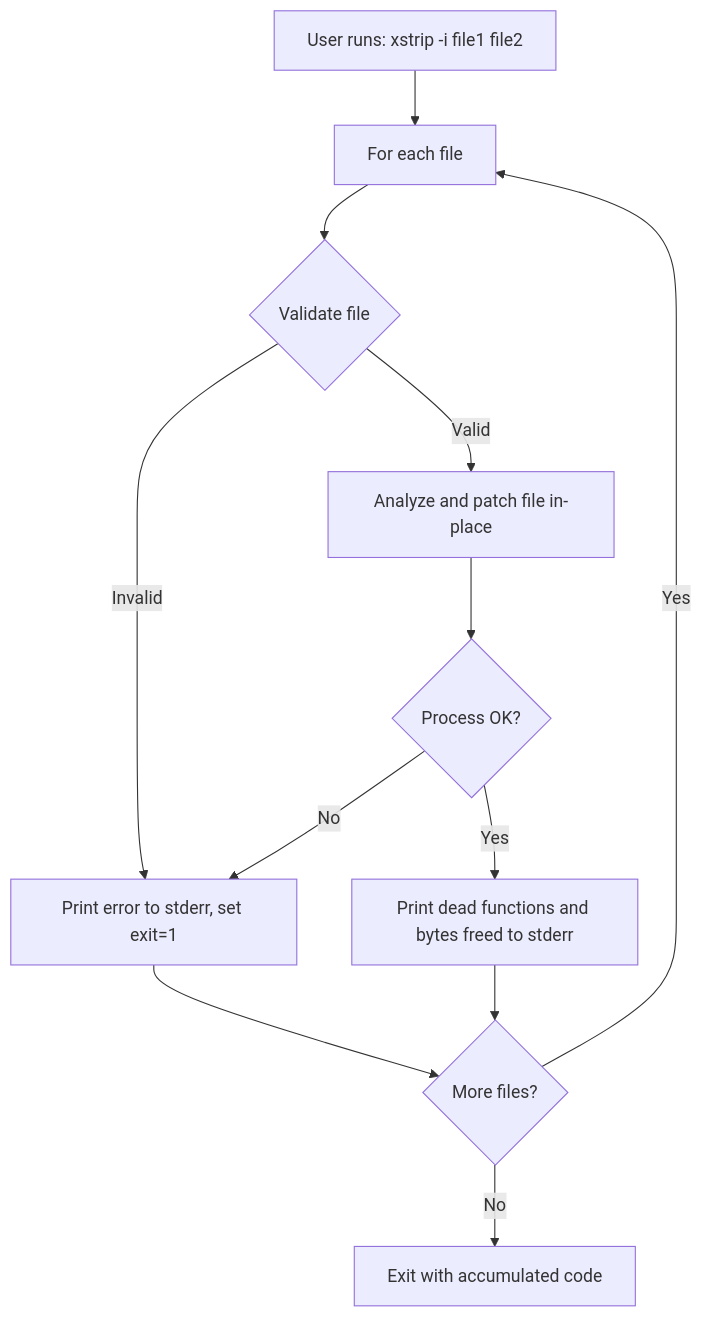
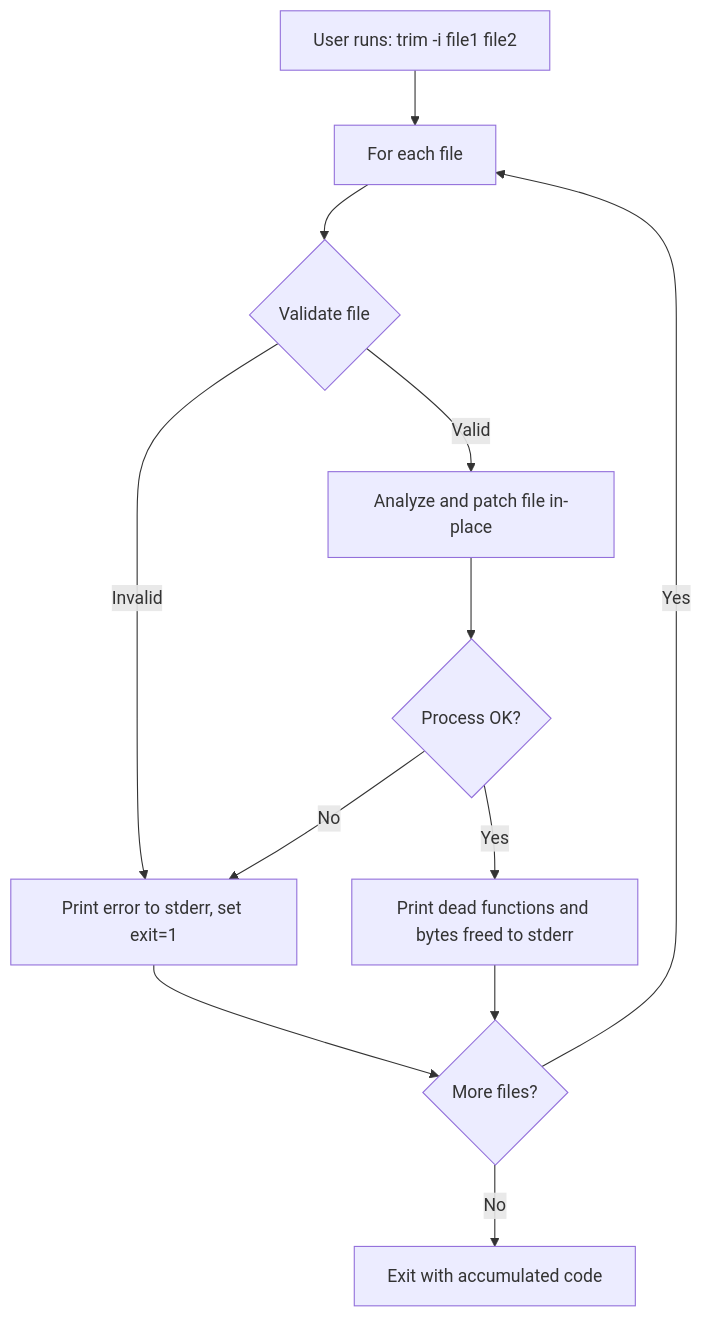
One commit to ratushnyi-labs/trim changed the second of 4 diagrams in docs/spec.md. Above: the diagram before and after it, drawn with Mermaid. The commit also changed other lines of this file and 112 other files, not shown here.

````diff
--- a/docs/spec.md
+++ b/docs/spec.md
@@ -149,14 +158,14 @@
 ```mermaid
 flowchart TD
-  A[User runs: xstrip -i file1 file2] --> B[For each file]
+  A[User runs: trim -i file1 file2] --> B[For each file]
   B --> C{Validate file}
   C -- Invalid --> D["Print error to stderr, set exit=1"]
   C -- Valid --> E[Analyze and patch file in-place]
   E --> F{Process OK?}
   F -- No --> D
   F -- Yes --> G[Print dead functions and bytes freed to stderr]
   D --> H{More files?}
   G --> H
   H -- Yes --> B
   H -- No --> I[Exit with accumulated code]
 ```
````
